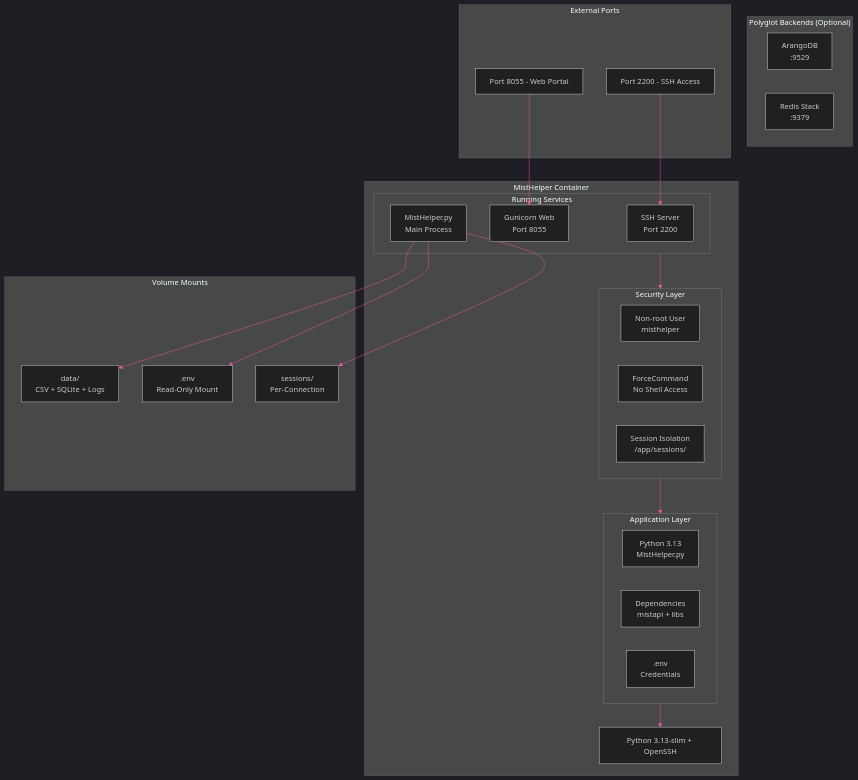
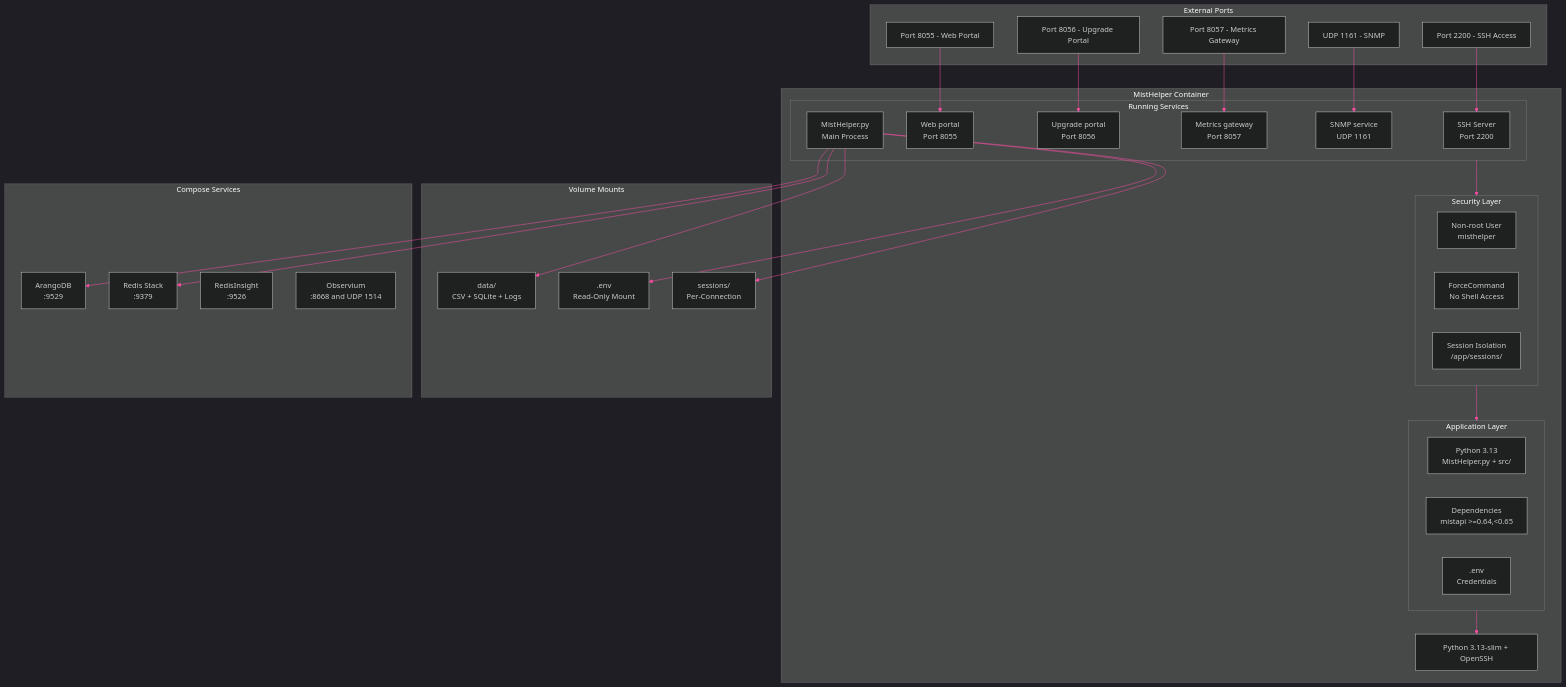
The first of 2 diagrams in documentation/diagrams/infrastructure/container-architecture.md (jmorrison-juniper/MistHelper), drawn with Mermaid before and after one commit. The commit also changed other lines of this file and 110 other files, not shown here.

````diff
--- a/documentation/diagrams/infrastructure/container-architecture.md
+++ b/documentation/diagrams/infrastructure/container-architecture.md
@@ -11,56 +11,69 @@
 ```mermaid
 %%{init: {'theme': 'dark', 'themeVariables': {
   'primaryColor': '#E20074',
   'primaryTextColor': '#E0E0E0',
   'primaryBorderColor': '#99004D',
   'lineColor': '#FF4DA6',
   'secondaryColor': '#16213E',
   'tertiaryColor': '#1A1A2E',
   'fontFamily': 'ui-monospace, monospace'
 }}}%%
 flowchart TB
     subgraph container["MistHelper Container"]
         subgraph services["Running Services"]
             ssh["SSH Server<br/>Port 2200"]
-            web["Gunicorn Web<br/>Port 8055"]
+            web["Web portal<br/>Port 8055"]
+            capture["Upgrade portal<br/>Port 8056"]
+            metrics["Metrics gateway<br/>Port 8057"]
+            snmp["SNMP service<br/>UDP 1161"]
             app["MistHelper.py<br/>Main Process"]
         end
 
         subgraph security["Security Layer"]
             user["Non-root User<br/>misthelper"]
             force["ForceCommand<br/>No Shell Access"]
             isolation["Session Isolation<br/>/app/sessions/"]
         end
 
         subgraph application["Application Layer"]
-            code["Python 3.13<br/>MistHelper.py"]
-            deps["Dependencies<br/>mistapi + libs"]
+            code["Python 3.13<br/>MistHelper.py + src/"]
+            deps["Dependencies<br/>mistapi >=0.64,<0.65"]
             config[".env<br/>Credentials"]
         end
 
         os["Python 3.13-slim + OpenSSH"]
     end
 
     subgraph volumes["Volume Mounts"]
         data["data/<br/>CSV + SQLite + Logs"]
         env[".env<br/>Read-Only Mount"]
         sessions["sessions/<br/>Per-Connection"]
     end
 
-    subgraph polyglot["Polyglot Backends (Optional)"]
+    subgraph polyglot["Compose Services"]
         arango["ArangoDB<br/>:9529"]
         redis["Redis Stack<br/>:9379"]
+        redis_ui["RedisInsight<br/>:9526"]
+        observium["Observium<br/>:8668 and UDP 1514"]
     end
 
     subgraph ports["External Ports"]
         p2200["Port 2200 - SSH Access"]
         p8055["Port 8055 - Web Portal"]
+        p8056["Port 8056 - Upgrade Portal"]
+        p8057["Port 8057 - Metrics Gateway"]
+        p1161["UDP 1161 - SNMP"]
     end
 
     services --> security --> application --> os
     p2200 --> ssh
     p8055 --> web
+    p8056 --> capture
+    p8057 --> metrics
+    p1161 --> snmp
     app --> data
     app --> env
     app --> sessions
+    app --> arango
+    app --> redis
 ```
````
